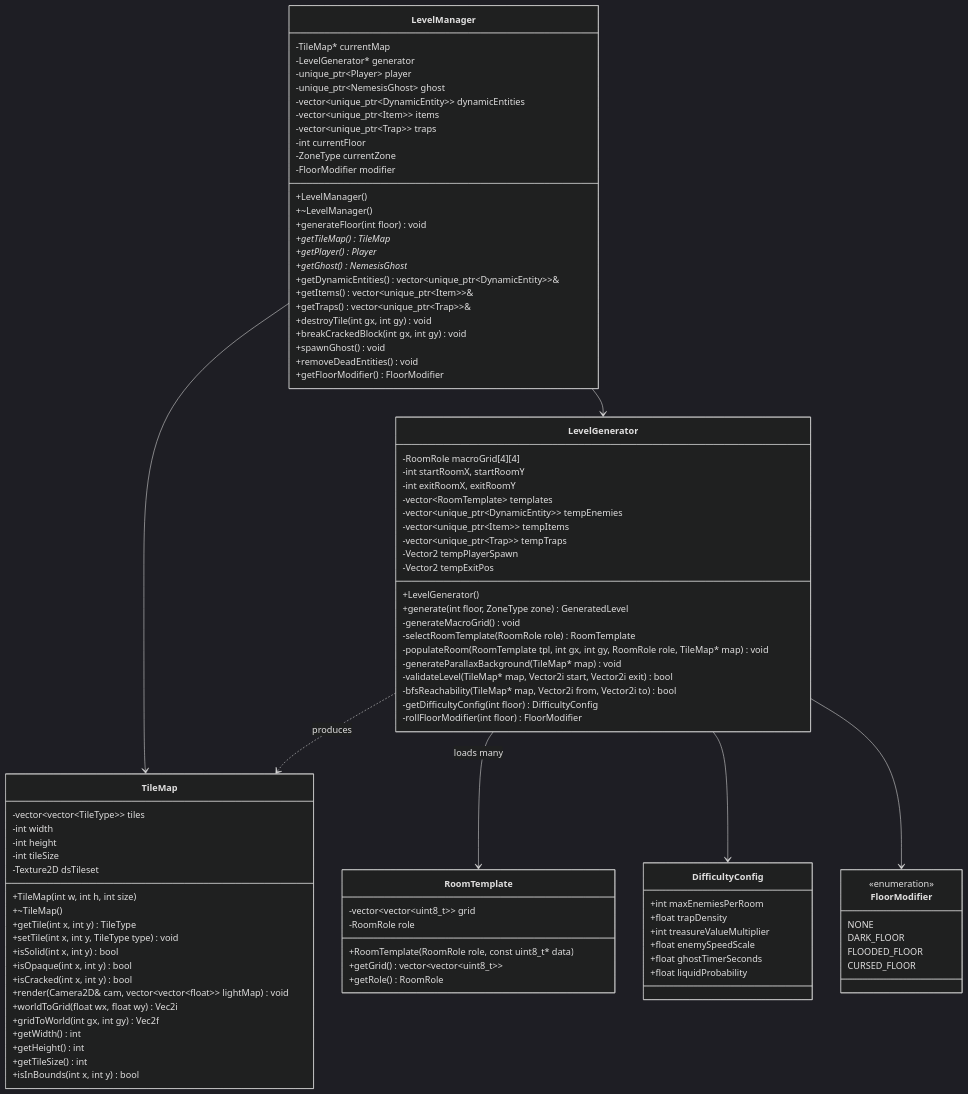
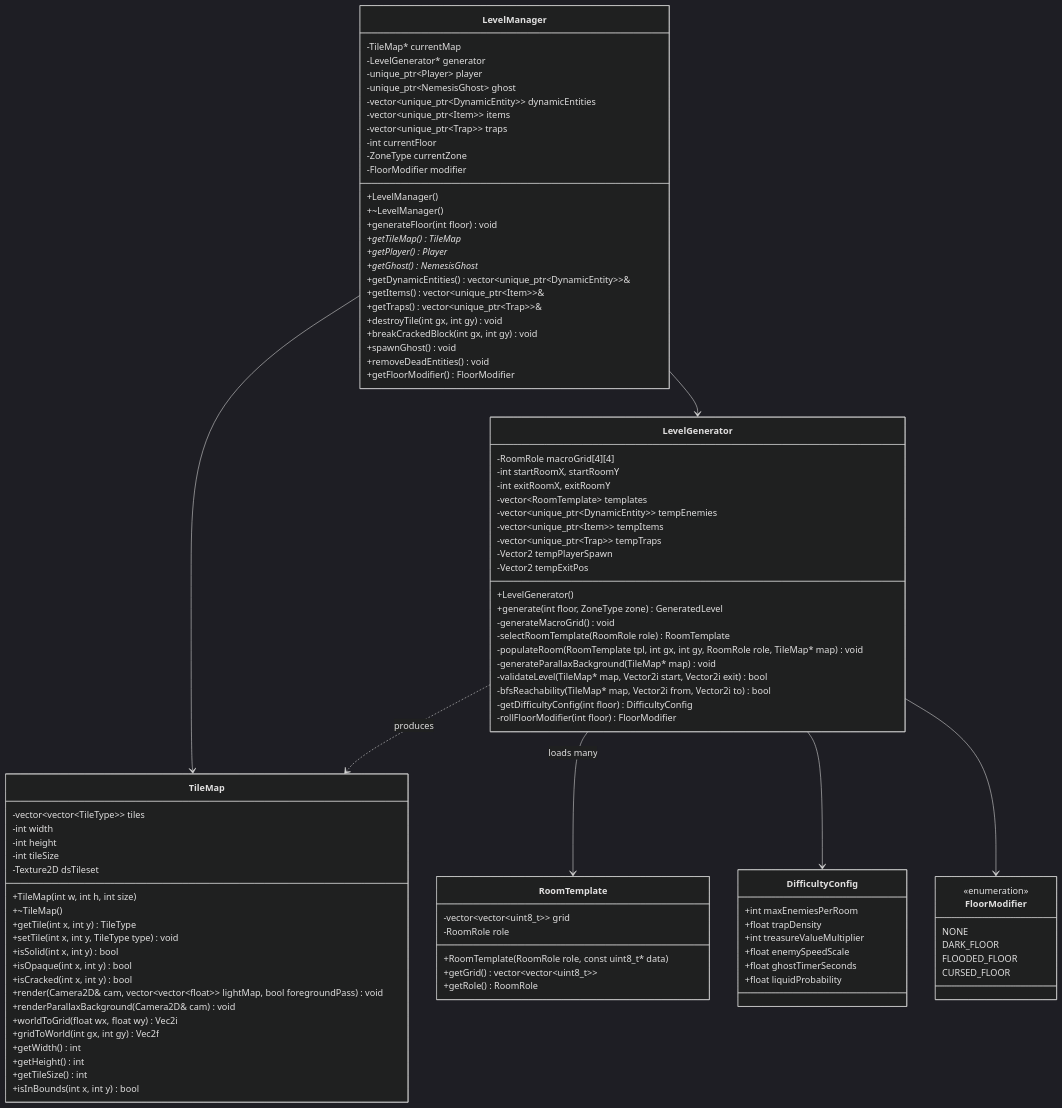
Before and after one commit to Gasmask-Chan/CS202-Cavern-Descent: the fourth of 8 diagrams in project_plan.md, drawn with Mermaid (dark theme). The commit also changed other lines of this file and 5 other files, not shown here.

```diff
--- a/project_plan.md
+++ b/project_plan.md
@@ -880,7 +888,8 @@
         +isSolid(int x, int y) bool
         +isOpaque(int x, int y) bool
         +isCracked(int x, int y) bool
-        +render(Camera2D& cam, vector~vector~float~~ lightMap) void
+        +render(Camera2D& cam, vector~vector~float~~ lightMap, bool foregroundPass) void
+        +renderParallaxBackground(Camera2D& cam) void
         +worldToGrid(float wx, float wy) Vec2i
         +gridToWorld(int gx, int gy) Vec2f
         +getWidth() int
```
